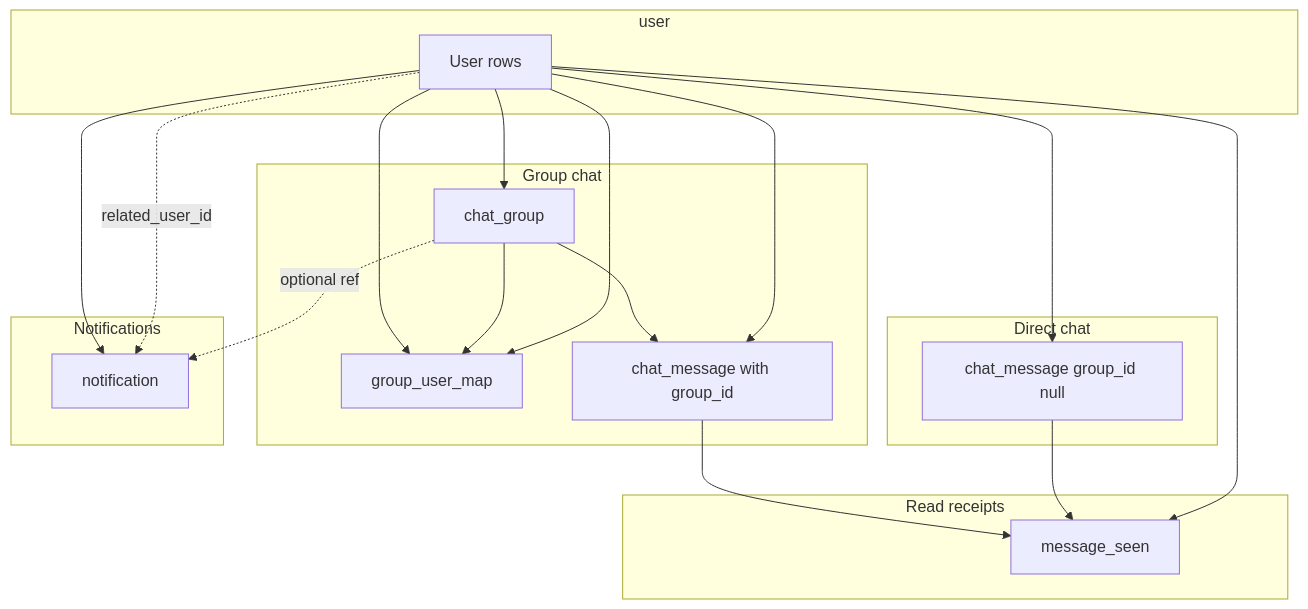
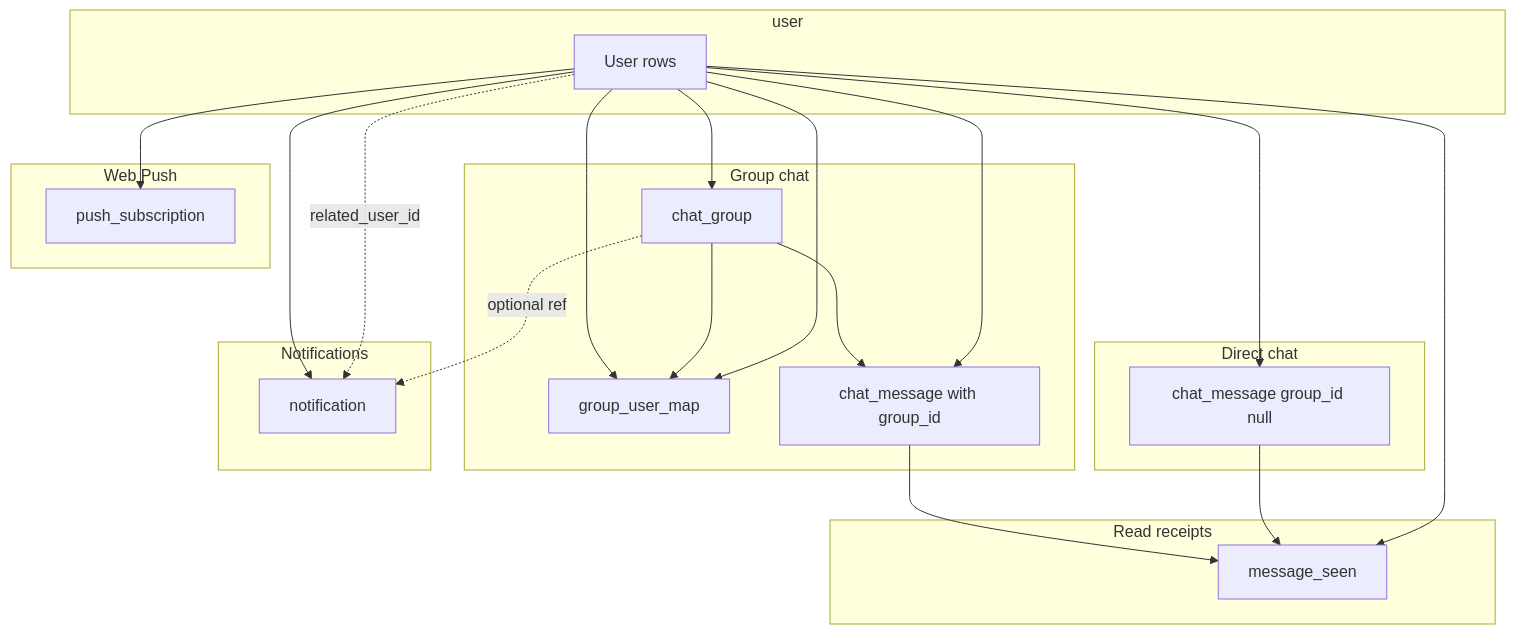
The second of 2 diagrams in docs/schema/SCHEMA.md (yashvenrakumar/chat-application), drawn with Mermaid before and after one commit. The commit also changed other lines of this file and 18 other files, not shown here.

````diff
--- a/docs/schema/SCHEMA.md
+++ b/docs/schema/SCHEMA.md
@@ -111,38 +122,43 @@
 ```mermaid
 flowchart TB
   subgraph users [user]
     U[User rows]
   end
 
   subgraph groups [Group chat]
     CG[chat_group]
     GUM[group_user_map]
     CGM[chat_message with group_id]
   end
 
   subgraph dms [Direct chat]
     DM[chat_message group_id null]
   end
 
   subgraph inbox [Notifications]
     N[notification]
   end
 
+  subgraph webpush [Web Push]
+    PS[push_subscription]
+  end
+
   subgraph receipts [Read receipts]
     MS[message_seen]
   end
 
   U --> CG
   U --> GUM
   CG --> GUM
   U --> GUM
   CG --> CGM
   U --> CGM
   U --> DM
   U --> N
+  U --> PS
   CG -. optional ref .-> N
   U -. related_user_id .-> N
   CGM --> MS
   DM --> MS
   U --> MS
 ```
````
